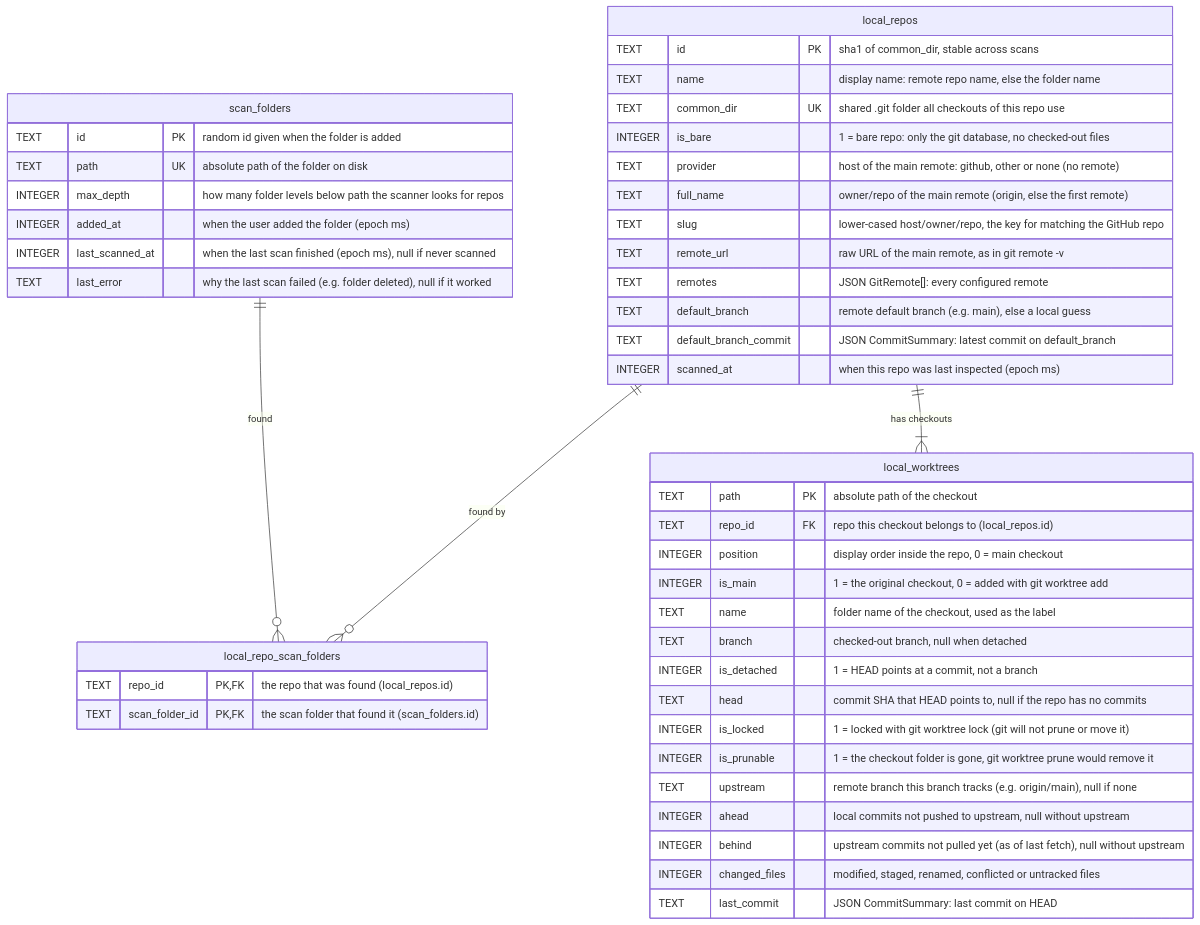
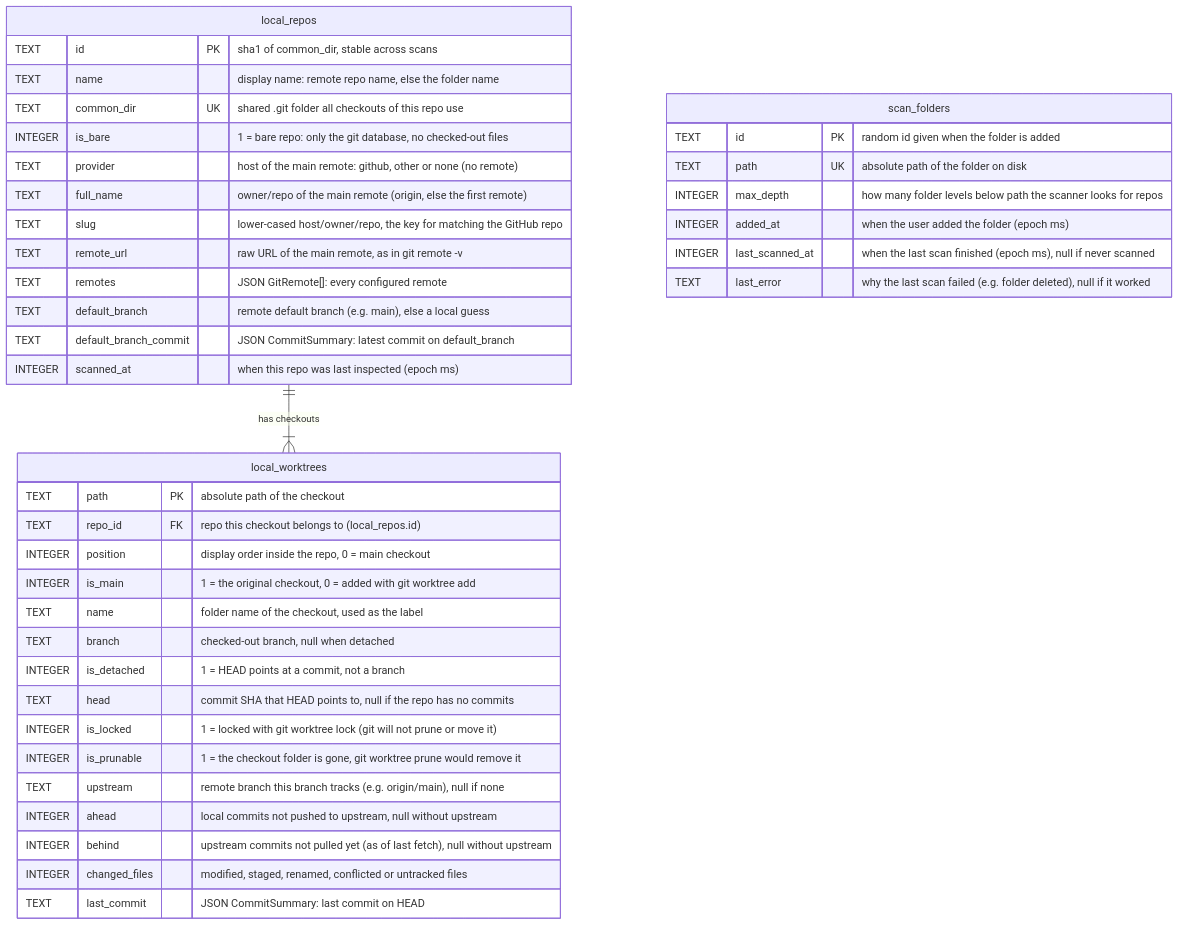
Before and after one commit to idotalmor/the-garage-desktop-rn: the first of 3 diagrams in src/main/local-repos/db/tables/README.md, drawn with Mermaid. The commit also changed other lines of this file and 11 other files, not shown here.

Commit message:
Drop local_repo_scan_folders; work out scan folder coverage from paths

````diff
--- a/src/main/local-repos/db/tables/README.md
+++ b/src/main/local-repos/db/tables/README.md
@@ -23,50 +31,44 @@
 ```mermaid
 erDiagram
-  scan_folders ||--o{ local_repo_scan_folders : "found"
-  local_repos ||--o{ local_repo_scan_folders : "found by"
   local_repos ||--|{ local_worktrees : "has checkouts"
 
   scan_folders {
     TEXT id PK "random id given when the folder is added"
     TEXT path UK "absolute path of the folder on disk"
     INTEGER max_depth "how many folder levels below path the scanner looks for repos"
     INTEGER added_at "when the user added the folder (epoch ms)"
     INTEGER last_scanned_at "when the last scan finished (epoch ms), null if never scanned"
     TEXT last_error "why the last scan failed (e.g. folder deleted), null if it worked"
   }
   local_repos {
     TEXT id PK "sha1 of common_dir, stable across scans"
     TEXT name "display name: remote repo name, else the folder name"
     TEXT common_dir UK "shared .git folder all checkouts of this repo use"
     INTEGER is_bare "1 = bare repo: only the git database, no checked-out files"
     TEXT provider "host of the main remote: github, other or none (no remote)"
     TEXT full_name "owner/repo of the main remote (origin, else the first remote)"
     TEXT slug "lower-cased host/owner/repo, the key for matching the GitHub repo"
     TEXT remote_url "raw URL of the main remote, as in git remote -v"
     TEXT remotes "JSON GitRemote[]: every configured remote"
     TEXT default_branch "remote default branch (e.g. main), else a local guess"
     TEXT default_branch_commit "JSON CommitSummary: latest commit on default_branch"
     INTEGER scanned_at "when this repo was last inspected (epoch ms)"
   }
-  local_repo_scan_folders {
-    TEXT repo_id PK, FK "the repo that was found (local_repos.id)"
-    TEXT scan_folder_id PK, FK "the scan folder that found it (scan_folders.id)"
-  }
   local_worktrees {
     TEXT path PK "absolute path of the checkout"
     TEXT repo_id FK "repo this checkout belongs to (local_repos.id)"
     INTEGER position "display order inside the repo, 0 = main checkout"
     INTEGER is_main "1 = the original checkout, 0 = added with git worktree add"
     TEXT name "folder name of the checkout, used as the label"
     TEXT branch "checked-out branch, null when detached"
     INTEGER is_detached "1 = HEAD points at a commit, not a branch"
     TEXT head "commit SHA that HEAD points to, null if the repo has no commits"
     INTEGER is_locked "1 = locked with git worktree lock (git will not prune or move it)"
     INTEGER is_prunable "1 = the checkout folder is gone, git worktree prune would remove it"
     TEXT upstream "remote branch this branch tracks (e.g. origin/main), null if none"
     INTEGER ahead "local commits not pushed to upstream, null without upstream"
     INTEGER behind "upstream commits not pulled yet (as of last fetch), null without upstream"
     INTEGER changed_files "modified, staged, renamed, conflicted or untracked files"
     TEXT last_commit "JSON CommitSummary: last commit on HEAD"
   }
 ```
````
